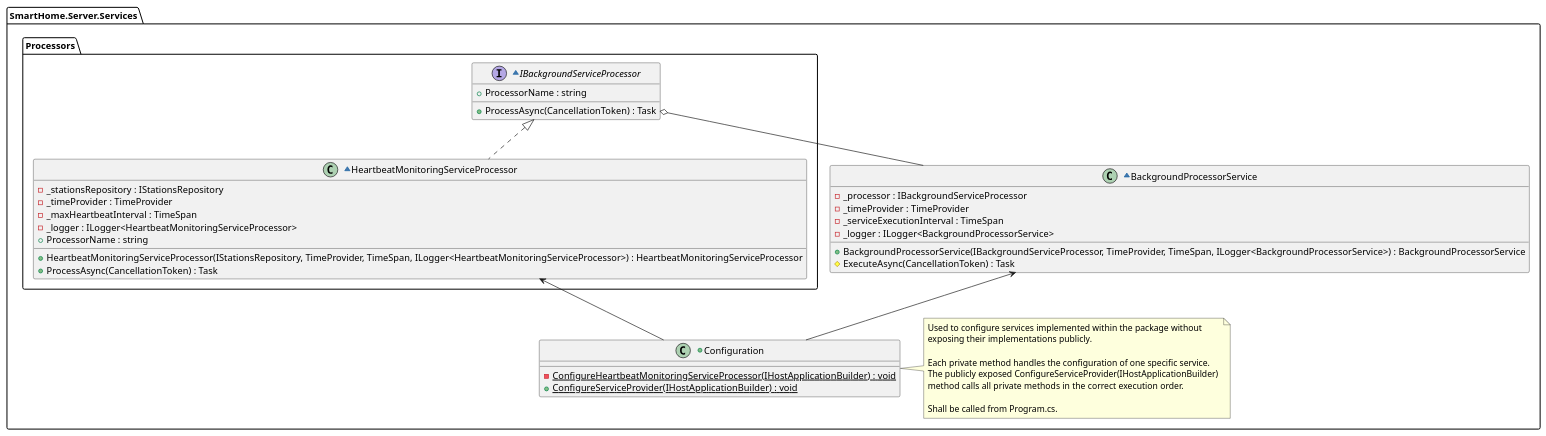
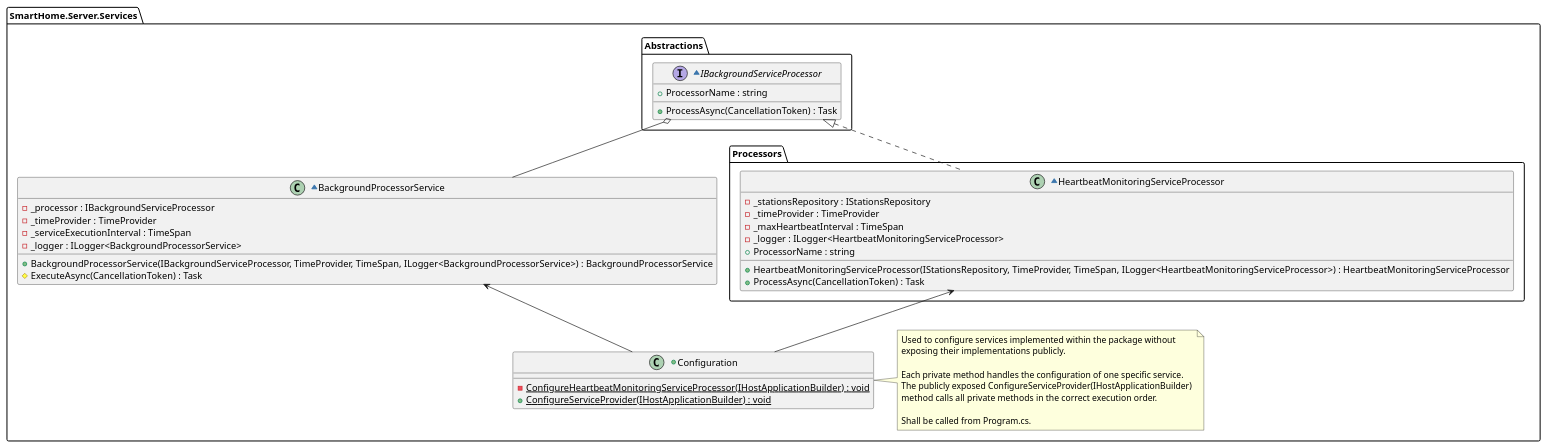
The diagram in doc/Server/uml/modules/SmartHome.Server.Services.pu (JakubMiodunka/smart-home), drawn with PlantUML before and after one commit. The commit also changed 8 other files, not shown here.

```diff
--- a/doc/Server/uml/modules/SmartHome.Server.Services.pu
+++ b/doc/Server/uml/modules/SmartHome.Server.Services.pu
@@ -1,53 +1,54 @@
 @startuml
 
 package "SmartHome.Server.Services" as Services {
-    package Processors {
+    package Abstractions {
         ~interface IBackgroundServiceProcessor {
             +ProcessorName : string
             +ProcessAsync(CancellationToken) : Task
         }
-        
+    }
+
+    package Processors {
         ~class HeartbeatMonitoringServiceProcessor {
             -_stationsRepository : IStationsRepository
             -_timeProvider : TimeProvider
             -_maxHeartbeatInterval : TimeSpan
             -_logger : ILogger<HeartbeatMonitoringServiceProcessor>
             +ProcessorName : string
             +HeartbeatMonitoringServiceProcessor(IStationsRepository, TimeProvider, TimeSpan, ILogger<HeartbeatMonitoringServiceProcessor>) : HeartbeatMonitoringServiceProcessor
             +ProcessAsync(CancellationToken) : Task
         }
-
-        IBackgroundServiceProcessor <|.. HeartbeatMonitoringServiceProcessor
     }
 
     ~class BackgroundProcessorService {
         -_processor : IBackgroundServiceProcessor
         -_timeProvider : TimeProvider
         -_serviceExecutionInterval : TimeSpan
         -_logger : ILogger<BackgroundProcessorService>
         +BackgroundProcessorService(IBackgroundServiceProcessor, TimeProvider, TimeSpan, ILogger<BackgroundProcessorService>) : BackgroundProcessorService
         #ExecuteAsync(CancellationToken) : Task
     }
     
     +class Configuration {
         -{static} ConfigureHeartbeatMonitoringServiceProcessor(IHostApplicationBuilder) : void
         +{static} ConfigureServiceProvider(IHostApplicationBuilder) : void
     }
     
+    IBackgroundServiceProcessor <|.. HeartbeatMonitoringServiceProcessor
     IBackgroundServiceProcessor o-- BackgroundProcessorService
     HeartbeatMonitoringServiceProcessor <-- Configuration
     BackgroundProcessorService <-- Configuration
 
     note right of Configuration
         Used to configure services implemented within the package without 
         exposing their implementations publicly.
         
         Each private method handles the configuration of one specific service.
         The publicly exposed ConfigureServiceProvider(IHostApplicationBuilder) 
         method calls all private methods in the correct execution order.
         
         Shall be called from Program.cs.
     end note
 }
 
 @enduml
```
